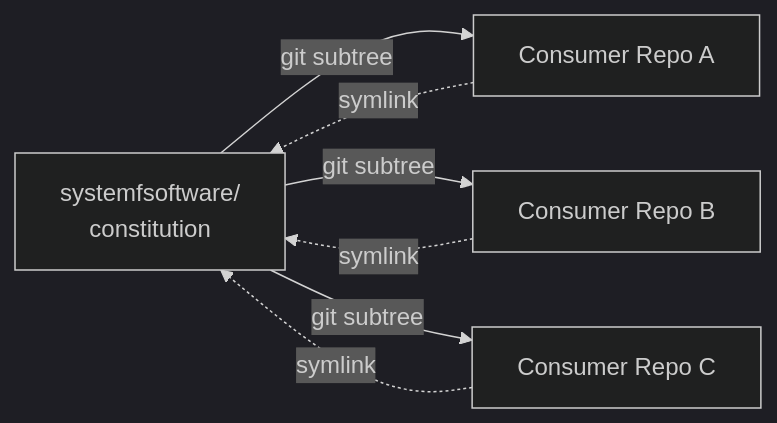
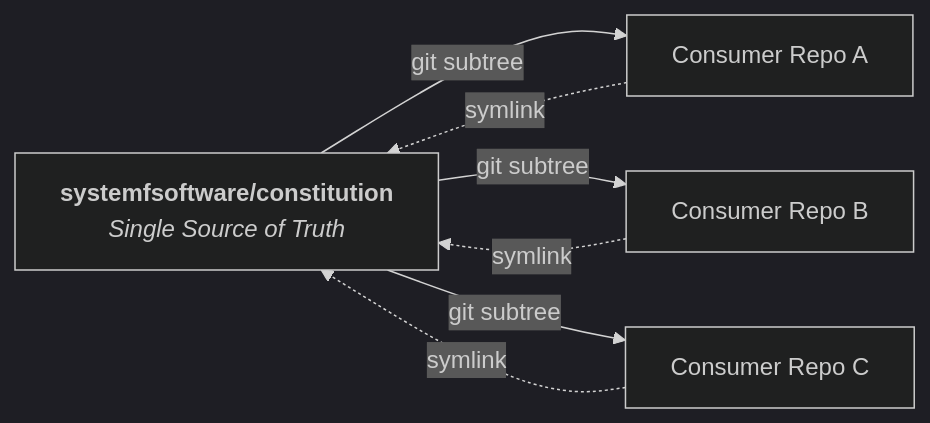
The diagram in README.md (systemfsoftware-maker/constitution), drawn with Mermaid (dark theme) before and after one commit. The commit also changed other lines of this file, not shown here.

Commit message:
docs(readme): modernize README layout based on top trending architectures

````diff
--- a/README.md
+++ b/README.md
@@ -11,9 +11,9 @@
 ```mermaid
 flowchart LR
-    S[systemfsoftware/<br>constitution] -->|git subtree| A[Consumer Repo A]
+    S["<b>systemfsoftware/constitution</b><br><i>Single Source of Truth</i>"] -->|git subtree| A[Consumer Repo A]
     S -->|git subtree| B[Consumer Repo B]
     S -->|git subtree| C[Consumer Repo C]
     A -.symlink.-> S
     B -.symlink.-> S
     C -.symlink.-> S
 ```
````
